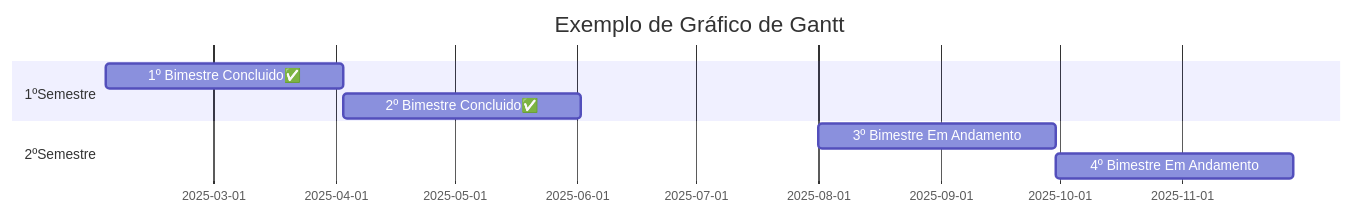
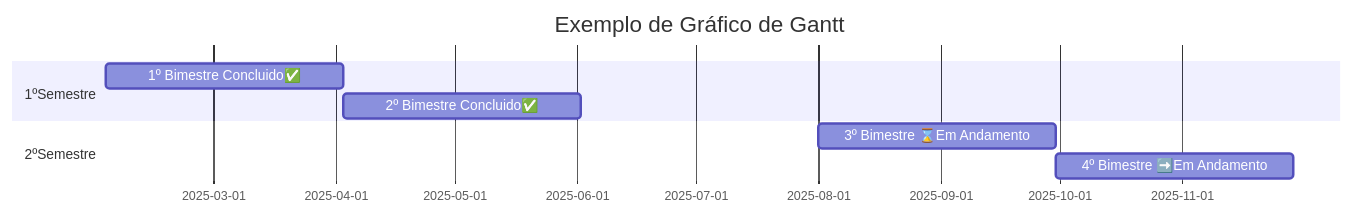
The third of 3 diagrams in README.md (bruno-edlp/grafico_de_Gantt), drawn with Mermaid before and after one commit. The commit also changed other lines of this file, not shown here.

````diff
--- a/README.md
+++ b/README.md
@@ -17,11 +17,11 @@
 ```mermaid
 gantt
     title Exemplo de Gráfico de Gantt
     dateFormat YYYY-MM-DD
     section 1ºSemestre
     1º Bimestre Concluido✅:a1, 2025-02-02, 60d
     2º Bimestre Concluido✅:a2, after a1, 60d
     section 2ºSemestre
-    3º Bimestre Em Andamento: a3, 2025-08-01, 60d
-    4º Bimestre Em Andamento: a4, after a3, 60d
+    3º Bimestre ⌛Em Andamento: a3, 2025-08-01, 60d
+    4º Bimestre ➡️Em Andamento: a4, after a3, 60d
 ```
````
